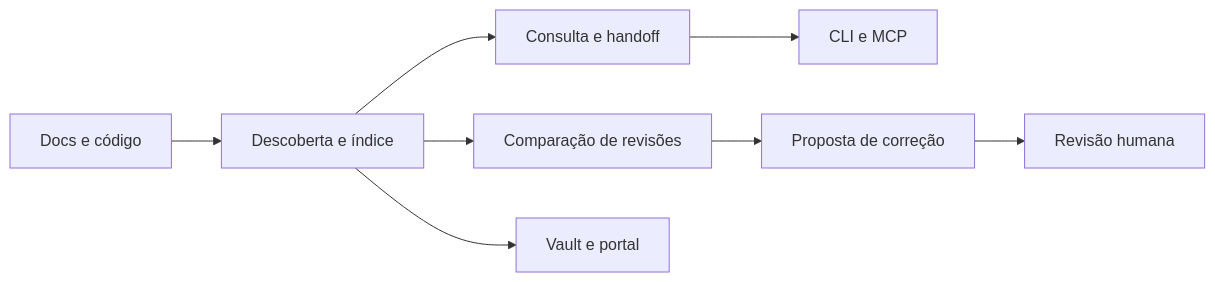
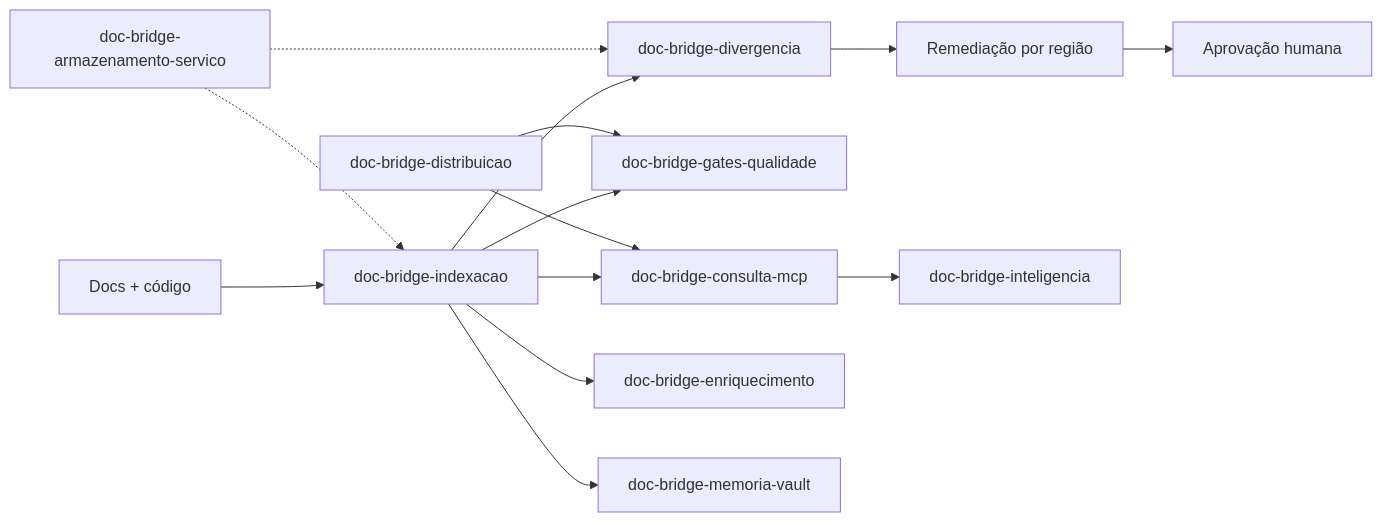
One commit to AgentsKit-io/doc-bridge changed the diagram in .brain/repos/doc-bridge/00 Hub - doc-bridge.md. Above: the diagram before and after it, drawn with Mermaid. The commit also changed other lines of this file and 17 other files, not shown here.

````diff
--- a/.brain/repos/doc-bridge/00 Hub - doc-bridge.md
+++ b/.brain/repos/doc-bridge/00 Hub - doc-bridge.md
@@ -34,10 +60,15 @@
 ```mermaid
 flowchart LR
-  R[Docs e código] --> I[Descoberta e índice]
-  I --> Q[Consulta e handoff]
-  I --> D[Comparação de revisões]
-  Q --> C[CLI e MCP]
-  D --> P[Proposta de correção]
-  P --> H[Revisão humana]
-  I --> V[Vault e portal]
+  R[Docs + código] --> I[doc-bridge-indexacao]
+  I --> Q[doc-bridge-consulta-mcp]
+  I --> G[doc-bridge-gates-qualidade]
+  I --> D[doc-bridge-divergencia]
+  D --> P[Remediação por região] --> H[Aprovação humana]
+  I --> E[doc-bridge-enriquecimento]
+  I --> M[doc-bridge-memoria-vault]
+  Q --> L[doc-bridge-inteligencia]
+  S[doc-bridge-armazenamento-servico] -.-> I
+  S -.-> D
+  X[doc-bridge-distribuicao] --> Q
+  X --> G
 ```
````
